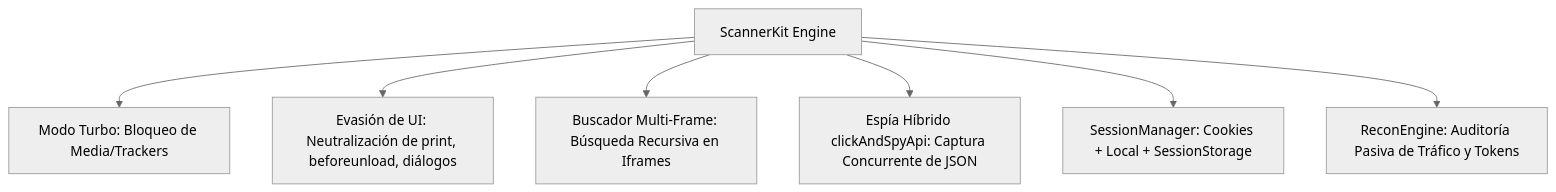
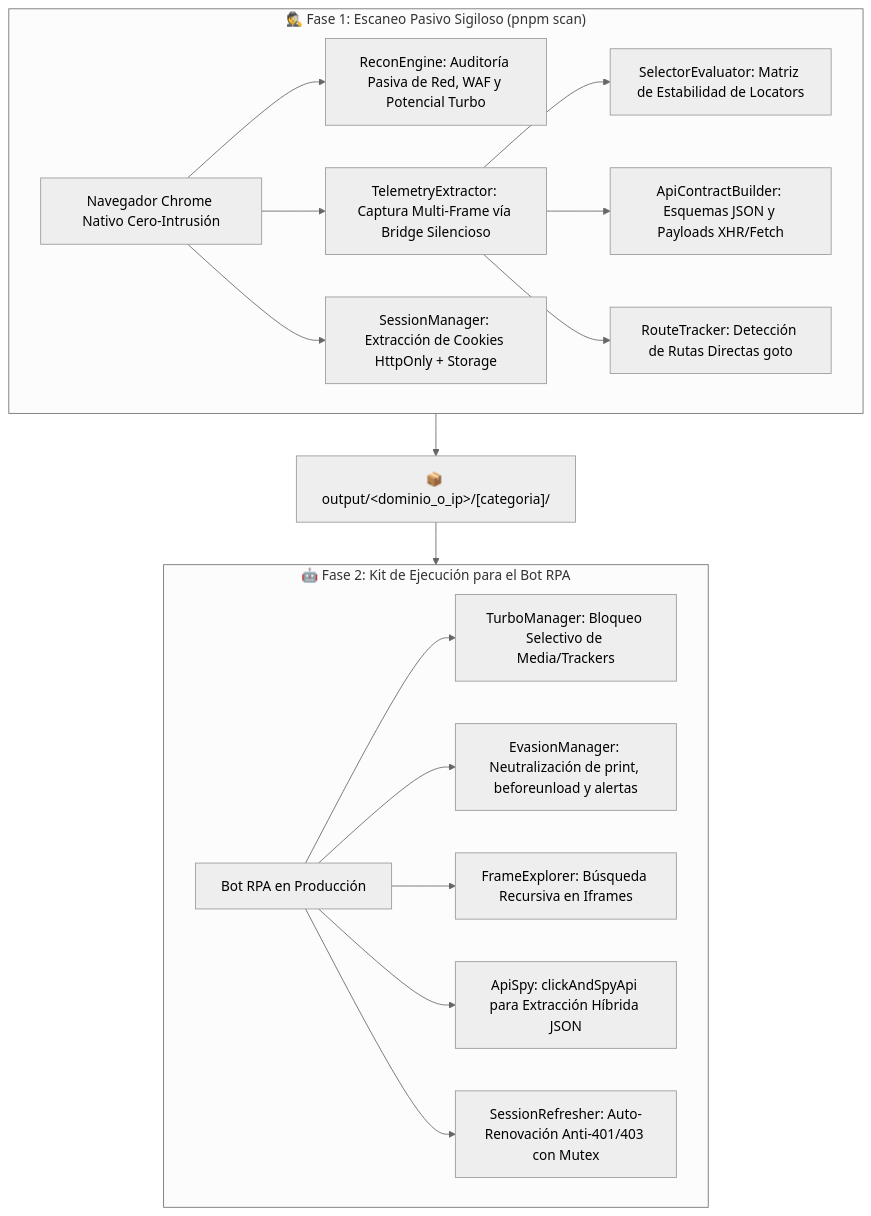
One commit to MSLegro/scanner-kit-playwright changed the diagram in README.md. Above: the diagram before and after it, drawn with Mermaid (neutral theme). The commit also changed other lines of this file and 6 other files, not shown here.

````diff
--- a/README.md
+++ b/README.md
@@ -33,9 +34,22 @@
 ```mermaid
-graph TD
-    A[ScannerKit Engine] --> B[Modo Turbo: Bloqueo de Media/Trackers]
-    A --> C[Evasión de UI: Neutralización de print, beforeunload, diálogos]
-    A --> D[Buscador Multi-Frame: Búsqueda Recursiva en Iframes]
-    A --> E[Espía Híbrido clickAndSpyApi: Captura Concurrente de JSON]
-    A --> F[SessionManager: Cookies + Local + SessionStorage]
-    A --> G[ReconEngine: Auditoría Pasiva de Tráfico y Tokens]
+flowchart TD
+    subgraph Fase1["🕵️ Fase 1: Escaneo Pasivo Sigiloso (pnpm scan)"]
+        A[Navegador Chrome Nativo Cero-Intrusión] --> B[ReconEngine: Auditoría Pasiva de Red, WAF y Potencial Turbo]
+        A --> C[TelemetryExtractor: Captura Multi-Frame vía Bridge Silencioso]
+        C --> D[SelectorEvaluator: Matriz de Estabilidad de Locators]
+        C --> E[ApiContractBuilder: Esquemas JSON y Payloads XHR/Fetch]
+        C --> F[RouteTracker: Detección de Rutas Directas goto]
+        A --> G[SessionManager: Extracción de Cookies HttpOnly + Storage]
+    end
+
+    subgraph Fase2["🤖 Fase 2: Kit de Ejecución para el Bot RPA"]
+        H[Bot RPA en Producción] --> I[TurboManager: Bloqueo Selectivo de Media/Trackers]
+        H --> J[EvasionManager: Neutralización de print, beforeunload y alertas]
+        H --> K[FrameExplorer: Búsqueda Recursiva en Iframes]
+        H --> L[ApiSpy: clickAndSpyApi para Extracción Híbrida JSON]
+        H --> M[SessionRefresher: Auto-Renovación Anti-401/403 con Mutex]
+    end
+
+    Fase1 --> N["📦 output/&lt;dominio_o_ip&gt;/[categoria]/"]
+    N --> Fase2
 ```
````
